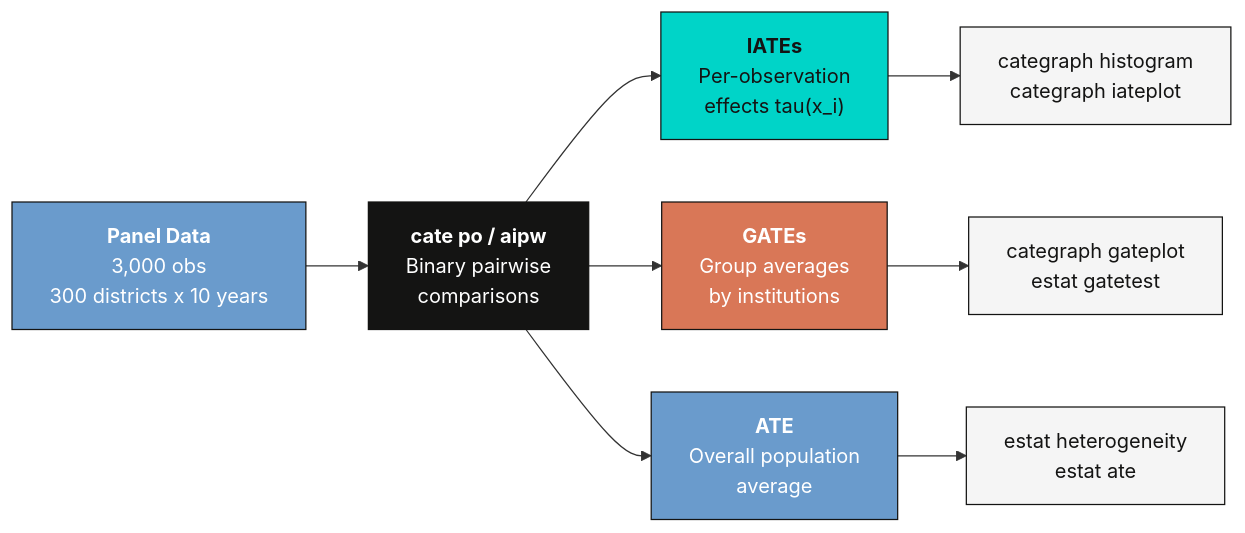
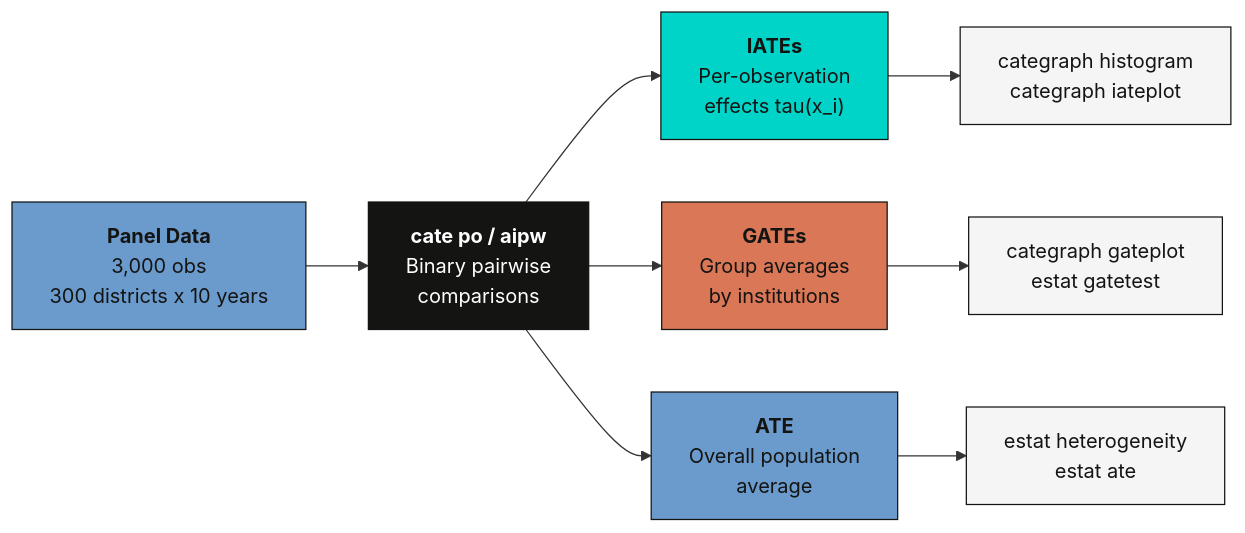
The second of 3 diagrams in content/post/stata_cate2/index.md (cmg777/starter-academic-v501), drawn with Mermaid before and after one commit. The commit also changed other lines of this file and 67 other files, not shown here.

First line of the commit message:
fix(mermaid): readable diagram text in both themes across the site

````diff
--- a/content/post/stata_cate2/index.md
+++ b/content/post/stata_cate2/index.md
@@ -307,18 +307,18 @@
 ```mermaid
 flowchart LR
     A["<b>Panel Data</b><br/>3,000 obs<br/>300 districts x 10 years"]:::data
     A --> B["<b>cate po / aipw</b><br/>Binary pairwise<br/>comparisons"]:::main
     B --> C["<b>IATEs</b><br/>Per-observation<br/>effects tau(x_i)"]:::iate
     B --> D["<b>GATEs</b><br/>Group averages<br/>by institutions"]:::gate
     B --> E["<b>ATE</b><br/>Overall population<br/>average"]:::ate
     C --> F["categraph histogram<br/>categraph iateplot"]:::post
     D --> G["categraph gateplot<br/>estat gatetest"]:::post
     E --> H["estat heterogeneity<br/>estat ate"]:::post
 
-    classDef data fill:#6a9bcc,stroke:#141413,color:#fff
+    classDef data fill:#6a9bcc,stroke:#141413,color:#141413
     classDef main fill:#141413,stroke:#141413,color:#fff
     classDef iate fill:#00d4c8,stroke:#141413,color:#141413
-    classDef gate fill:#d97757,stroke:#141413,color:#fff
-    classDef ate fill:#6a9bcc,stroke:#141413,color:#fff
+    classDef gate fill:#d97757,stroke:#141413,color:#141413
+    classDef ate fill:#6a9bcc,stroke:#141413,color:#141413
     classDef post fill:#f5f5f5,stroke:#141413,color:#141413
 ```
````
